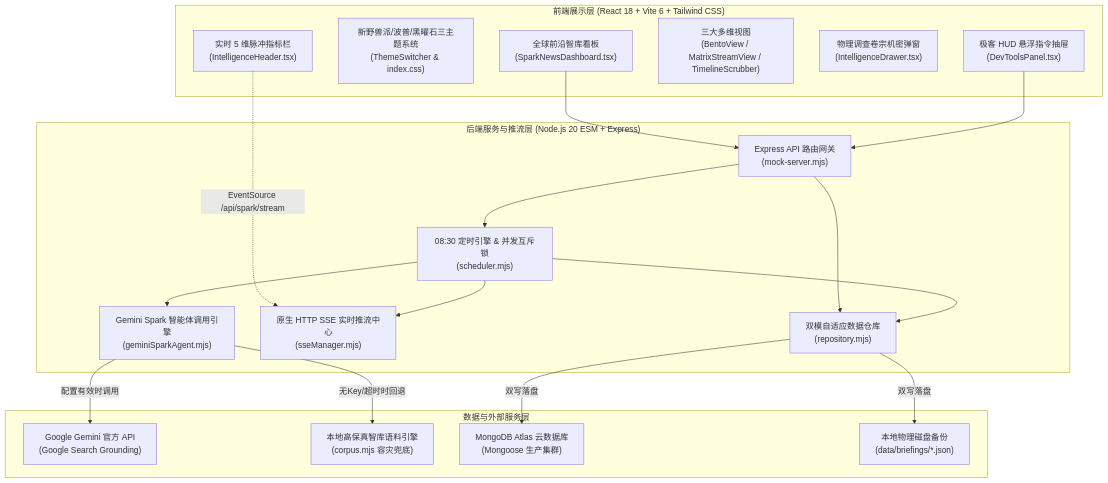
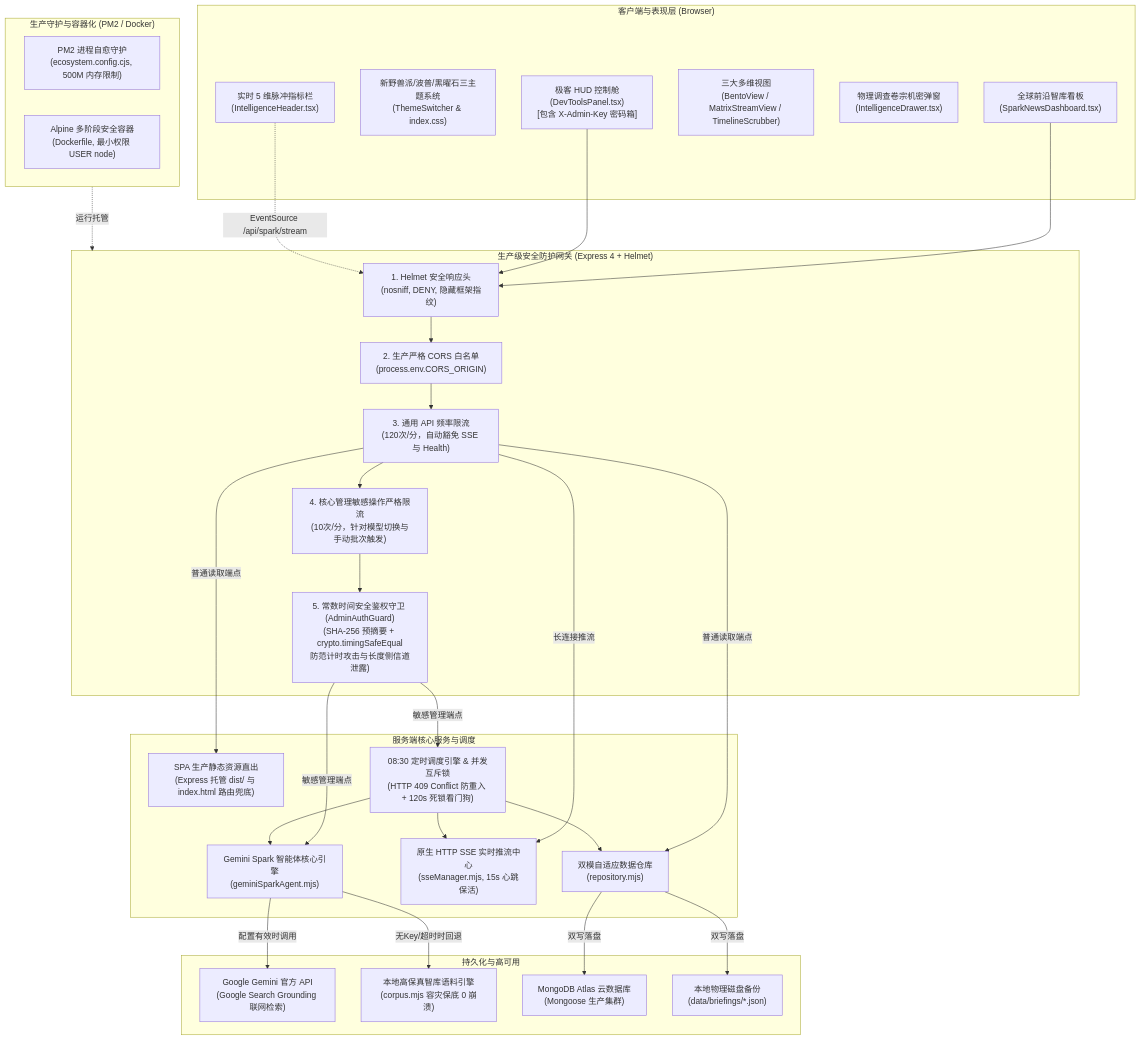
The first of 2 diagrams in HANDOVER.md (Shawn-cz/gemini-spark-news), drawn with Mermaid before and after one commit. The commit also changed other lines of this file and 1 other file, not shown here.

Commit message:
docs(handover): archive MVP 2 delivery, security architecture, and operational cheat sheet

````diff
--- a/HANDOVER.md
+++ b/HANDOVER.md
@@ -42,39 +48,57 @@
 ```mermaid
 flowchart TD
-    subgraph Frontend["前端展示层 (React 18 + Vite 6 + Tailwind CSS)"]
+    subgraph Client["客户端与表现层 (Browser)"]
         UI["全球前沿智库看板\n(SparkNewsDashboard.tsx)"]
         Theme["新野兽派/波普/黑曜石三主题系统\n(ThemeSwitcher & index.css)"]
         Header["实时 5 维脉冲指标栏\n(IntelligenceHeader.tsx)"]
         Views["三大多维视图\n(BentoView / MatrixStreamView / TimelineScrubber)"]
         Modal["物理调查卷宗机密弹窗\n(IntelligenceDrawer.tsx)"]
-        HUD["极客 HUD 悬浮指令抽屉\n(DevToolsPanel.tsx)"]
+        HUD["极客 HUD 控制舱\n(DevToolsPanel.tsx)\n[包含 X-Admin-Key 密码箱]"]
     end
 
-    subgraph Backend["后端服务与推流层 (Node.js 20 ESM + Express)"]
-        Router["Express API 路由网关\n(mock-server.mjs)"]
-        Scheduler["08:30 定时引擎 & 并发互斥锁\n(scheduler.mjs)"]
-        Agent["Gemini Spark 智能体调用引擎\n(geminiSparkAgent.mjs)"]
-        SSE["原生 HTTP SSE 实时推流中心\n(sseManager.mjs)"]
+    subgraph SecurityGateway["生产级安全防护网关 (Express 4 + Helmet)"]
+        H1["1. Helmet 安全响应头\n(nosniff, DENY, 隐藏框架指纹)"]
+        CORS["2. 生产严格 CORS 白名单\n(process.env.CORS_ORIGIN)"]
+        RL1["3. 通用 API 频率限流\n(120次/分，自动豁免 SSE 与 Health)"]
+        RL2["4. 核心管理敏感操作严格限流\n(10次/分，针对模型切换与手动批次触发)"]
+        AUTH["5. 常数时间安全鉴权守卫 (AdminAuthGuard)\n(SHA-256 预摘要 + crypto.timingSafeEqual\n防范计时攻击与长度侧信道泄露)"]
+    end
+
+    subgraph BackendCore["服务端核心服务与调度"]
+        StaticServe["SPA 生产静态资源直出\n(Express 托管 dist/ 与 index.html 路由兜底)"]
+        Scheduler["08:30 定时调度引擎 & 并发互斥锁\n(HTTP 409 Conflict 防重入 + 120s 死锁看门狗)"]
+        Agent["Gemini Spark 智能体核心引擎\n(geminiSparkAgent.mjs)"]
+        SSE["原生 HTTP SSE 实时推流中心\n(sseManager.mjs, 15s 心跳保活)"]
         Repo["双模自适应数据仓库\n(repository.mjs)"]
     end
 
-    subgraph Data["数据与外部服务层"]
-        GoogleAPI["Google Gemini 官方 API\n(Google Search Grounding)"]
-        CorpusFallback["本地高保真智库语料引擎\n(corpus.mjs 容灾兜底)"]
+    subgraph Persistence["持久化与高可用"]
+        GoogleAPI["Google Gemini 官方 API\n(Google Search Grounding 联网检索)"]
+        CorpusFallback["本地高保真智库语料引擎\n(corpus.mjs 容灾保底 0 崩溃)"]
         MongoDB["MongoDB Atlas 云数据库\n(Mongoose 生产集群)"]
         LocalFile["本地物理磁盘备份\n(data/briefings/*.json)"]
     end
 
-    UI --> Router
-    HUD --> Router
-    Header -.->|EventSource /api/spark/stream| SSE
-    Router --> Scheduler
-    Router --> Repo
+    subgraph ProductionRuntime["生产守护与容器化 (PM2 / Docker)"]
+        PM2["PM2 进程自愈守护\n(ecosystem.config.cjs, 500M 内存限制)"]
+        Docker["Alpine 多阶段安全容器\n(Dockerfile, 最小权限 USER node)"]
+    end
+
+    UI --> H1
+    HUD --> H1
+    Header -.->|EventSource /api/spark/stream| H1
+    H1 --> CORS --> RL1
+    RL1 -->|普通读取端点| StaticServe
+    RL1 -->|普通读取端点| Repo
+    RL1 -->|长连接推流| SSE
+    RL1 --> RL2 --> AUTH -->|敏感管理端点| Scheduler
+    AUTH -->|敏感管理端点| Agent
     Scheduler --> Agent
     Scheduler --> SSE
     Scheduler --> Repo
     Agent -->|配置有效时调用| GoogleAPI
     Agent -->|无Key/超时时回退| CorpusFallback
     Repo -->|双写落盘| MongoDB
     Repo -->|双写落盘| LocalFile
+    ProductionRuntime -.->|运行托管| SecurityGateway
 ```
````
